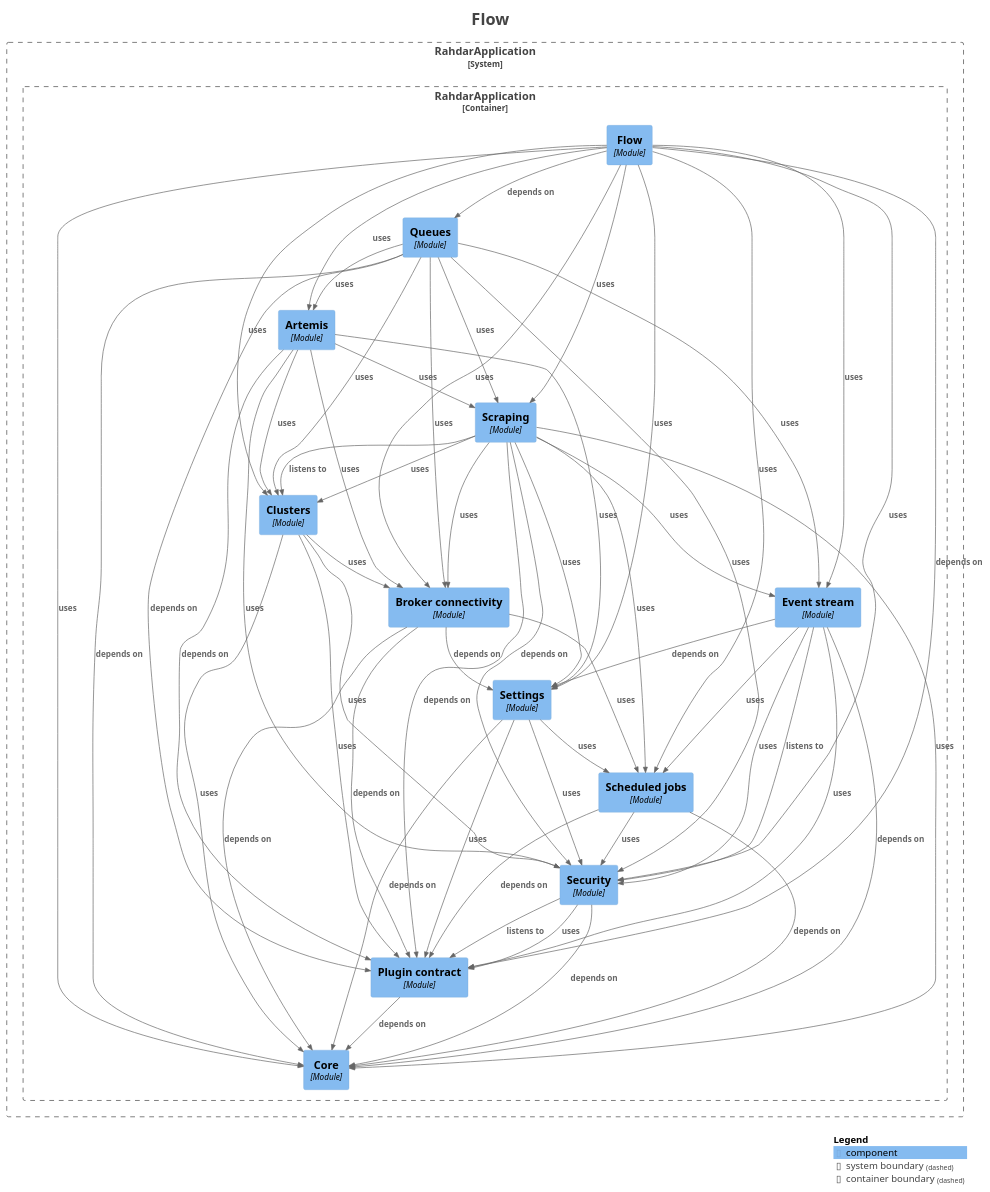
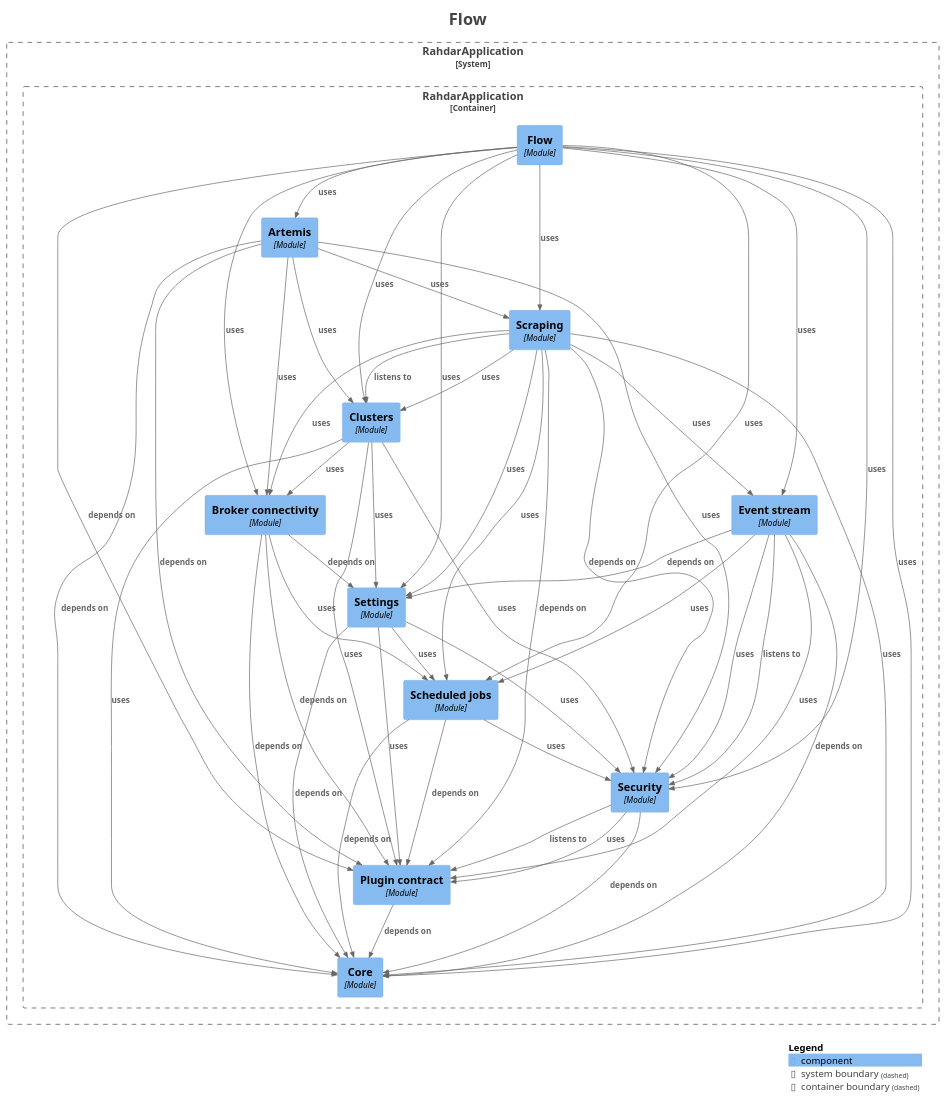
One commit to sudoitir/rahdar changed the diagram in docs/modules/module-feature.flow.puml. Above: the diagram before and after it, drawn with PlantUML. The commit also changed 33 other files, not shown here.

```diff
--- a/docs/modules/module-feature.flow.puml
+++ b/docs/modules/module-feature.flow.puml
@@ -1,98 +1,89 @@
 @startuml
 title <size:24>Flow</size>
 
 set separator none
 top to bottom direction
 
 <style>
   root {
     BackgroundColor: #ffffff
     FontColor: #444444
   }
 </style>
 
 !include <C4/C4>
 !include <C4/C4_Context>
 !include <C4/C4_Component>
 
 System_Boundary("RahdarApplication_boundary", "RahdarApplication", $tags="") {
   Container_Boundary("RahdarApplication.RahdarApplication_boundary", "RahdarApplication", $tags="") {
     Component(RahdarApplication.RahdarApplication.Artemis, "Artemis", $techn="Module", $descr="", $tags="", $link="")
     Component(RahdarApplication.RahdarApplication.Brokerconnectivity, "Broker connectivity", $techn="Module", $descr="", $tags="", $link="")
     Component(RahdarApplication.RahdarApplication.Clusters, "Clusters", $techn="Module", $descr="", $tags="", $link="")
     Component(RahdarApplication.RahdarApplication.Core, "Core", $techn="Module", $descr="", $tags="", $link="")
     Component(RahdarApplication.RahdarApplication.Eventstream, "Event stream", $techn="Module", $descr="", $tags="", $link="")
     Component(RahdarApplication.RahdarApplication.Flow, "Flow", $techn="Module", $descr="", $tags="", $link="")
     Component(RahdarApplication.RahdarApplication.Plugincontract, "Plugin contract", $techn="Module", $descr="", $tags="", $link="")
-    Component(RahdarApplication.RahdarApplication.Queues, "Queues", $techn="Module", $descr="", $tags="", $link="")
     Component(RahdarApplication.RahdarApplication.Scheduledjobs, "Scheduled jobs", $techn="Module", $descr="", $tags="", $link="")
     Component(RahdarApplication.RahdarApplication.Scraping, "Scraping", $techn="Module", $descr="", $tags="", $link="")
     Component(RahdarApplication.RahdarApplication.Security, "Security", $techn="Module", $descr="", $tags="", $link="")
     Component(RahdarApplication.RahdarApplication.Settings, "Settings", $techn="Module", $descr="", $tags="", $link="")
   }
 
 }
 
 Rel(RahdarApplication.RahdarApplication.Artemis, RahdarApplication.RahdarApplication.Brokerconnectivity, "uses", $techn="", $tags="", $link="")
 Rel(RahdarApplication.RahdarApplication.Artemis, RahdarApplication.RahdarApplication.Clusters, "uses", $techn="", $tags="", $link="")
+Rel(RahdarApplication.RahdarApplication.Artemis, RahdarApplication.RahdarApplication.Core, "depends on", $techn="", $tags="", $link="")
 Rel(RahdarApplication.RahdarApplication.Artemis, RahdarApplication.RahdarApplication.Plugincontract, "depends on", $techn="", $tags="", $link="")
 Rel(RahdarApplication.RahdarApplication.Artemis, RahdarApplication.RahdarApplication.Scraping, "uses", $techn="", $tags="", $link="")
 Rel(RahdarApplication.RahdarApplication.Artemis, RahdarApplication.RahdarApplication.Security, "uses", $techn="", $tags="", $link="")
-Rel(RahdarApplication.RahdarApplication.Artemis, RahdarApplication.RahdarApplication.Settings, "uses", $techn="", $tags="", $link="")
 Rel(RahdarApplication.RahdarApplication.Brokerconnectivity, RahdarApplication.RahdarApplication.Core, "depends on", $techn="", $tags="", $link="")
 Rel(RahdarApplication.RahdarApplication.Brokerconnectivity, RahdarApplication.RahdarApplication.Plugincontract, "depends on", $techn="", $tags="", $link="")
 Rel(RahdarApplication.RahdarApplication.Brokerconnectivity, RahdarApplication.RahdarApplication.Scheduledjobs, "uses", $techn="", $tags="", $link="")
 Rel(RahdarApplication.RahdarApplication.Brokerconnectivity, RahdarApplication.RahdarApplication.Settings, "depends on", $techn="", $tags="", $link="")
 Rel(RahdarApplication.RahdarApplication.Clusters, RahdarApplication.RahdarApplication.Brokerconnectivity, "uses", $techn="", $tags="", $link="")
 Rel(RahdarApplication.RahdarApplication.Clusters, RahdarApplication.RahdarApplication.Core, "uses", $techn="", $tags="", $link="")
 Rel(RahdarApplication.RahdarApplication.Clusters, RahdarApplication.RahdarApplication.Plugincontract, "uses", $techn="", $tags="", $link="")
 Rel(RahdarApplication.RahdarApplication.Clusters, RahdarApplication.RahdarApplication.Security, "uses", $techn="", $tags="", $link="")
+Rel(RahdarApplication.RahdarApplication.Clusters, RahdarApplication.RahdarApplication.Settings, "uses", $techn="", $tags="", $link="")
 Rel(RahdarApplication.RahdarApplication.Eventstream, RahdarApplication.RahdarApplication.Core, "depends on", $techn="", $tags="", $link="")
 Rel(RahdarApplication.RahdarApplication.Eventstream, RahdarApplication.RahdarApplication.Plugincontract, "uses", $techn="", $tags="", $link="")
 Rel(RahdarApplication.RahdarApplication.Eventstream, RahdarApplication.RahdarApplication.Scheduledjobs, "uses", $techn="", $tags="", $link="")
 Rel(RahdarApplication.RahdarApplication.Eventstream, RahdarApplication.RahdarApplication.Security, "listens to", $techn="", $tags="", $link="")
 Rel(RahdarApplication.RahdarApplication.Eventstream, RahdarApplication.RahdarApplication.Security, "uses", $techn="", $tags="", $link="")
 Rel(RahdarApplication.RahdarApplication.Eventstream, RahdarApplication.RahdarApplication.Settings, "depends on", $techn="", $tags="", $link="")
 Rel(RahdarApplication.RahdarApplication.Flow, RahdarApplication.RahdarApplication.Artemis, "uses", $techn="", $tags="", $link="")
 Rel(RahdarApplication.RahdarApplication.Flow, RahdarApplication.RahdarApplication.Brokerconnectivity, "uses", $techn="", $tags="", $link="")
 Rel(RahdarApplication.RahdarApplication.Flow, RahdarApplication.RahdarApplication.Clusters, "uses", $techn="", $tags="", $link="")
 Rel(RahdarApplication.RahdarApplication.Flow, RahdarApplication.RahdarApplication.Core, "uses", $techn="", $tags="", $link="")
 Rel(RahdarApplication.RahdarApplication.Flow, RahdarApplication.RahdarApplication.Eventstream, "uses", $techn="", $tags="", $link="")
 Rel(RahdarApplication.RahdarApplication.Flow, RahdarApplication.RahdarApplication.Plugincontract, "depends on", $techn="", $tags="", $link="")
-Rel(RahdarApplication.RahdarApplication.Flow, RahdarApplication.RahdarApplication.Queues, "depends on", $techn="", $tags="", $link="")
 Rel(RahdarApplication.RahdarApplication.Flow, RahdarApplication.RahdarApplication.Scheduledjobs, "uses", $techn="", $tags="", $link="")
 Rel(RahdarApplication.RahdarApplication.Flow, RahdarApplication.RahdarApplication.Scraping, "uses", $techn="", $tags="", $link="")
 Rel(RahdarApplication.RahdarApplication.Flow, RahdarApplication.RahdarApplication.Security, "uses", $techn="", $tags="", $link="")
 Rel(RahdarApplication.RahdarApplication.Flow, RahdarApplication.RahdarApplication.Settings, "uses", $techn="", $tags="", $link="")
 Rel(RahdarApplication.RahdarApplication.Plugincontract, RahdarApplication.RahdarApplication.Core, "depends on", $techn="", $tags="", $link="")
-Rel(RahdarApplication.RahdarApplication.Queues, RahdarApplication.RahdarApplication.Artemis, "uses", $techn="", $tags="", $link="")
-Rel(RahdarApplication.RahdarApplication.Queues, RahdarApplication.RahdarApplication.Brokerconnectivity, "uses", $techn="", $tags="", $link="")
-Rel(RahdarApplication.RahdarApplication.Queues, RahdarApplication.RahdarApplication.Clusters, "uses", $techn="", $tags="", $link="")
-Rel(RahdarApplication.RahdarApplication.Queues, RahdarApplication.RahdarApplication.Core, "depends on", $techn="", $tags="", $link="")
-Rel(RahdarApplication.RahdarApplication.Queues, RahdarApplication.RahdarApplication.Eventstream, "uses", $techn="", $tags="", $link="")
-Rel(RahdarApplication.RahdarApplication.Queues, RahdarApplication.RahdarApplication.Plugincontract, "depends on", $techn="", $tags="", $link="")
-Rel(RahdarApplication.RahdarApplication.Queues, RahdarApplication.RahdarApplication.Scraping, "uses", $techn="", $tags="", $link="")
-Rel(RahdarApplication.RahdarApplication.Queues, RahdarApplication.RahdarApplication.Security, "uses", $techn="", $tags="", $link="")
 Rel(RahdarApplication.RahdarApplication.Scheduledjobs, RahdarApplication.RahdarApplication.Core, "depends on", $techn="", $tags="", $link="")
 Rel(RahdarApplication.RahdarApplication.Scheduledjobs, RahdarApplication.RahdarApplication.Plugincontract, "depends on", $techn="", $tags="", $link="")
 Rel(RahdarApplication.RahdarApplication.Scheduledjobs, RahdarApplication.RahdarApplication.Security, "uses", $techn="", $tags="", $link="")
 Rel(RahdarApplication.RahdarApplication.Scraping, RahdarApplication.RahdarApplication.Brokerconnectivity, "uses", $techn="", $tags="", $link="")
 Rel(RahdarApplication.RahdarApplication.Scraping, RahdarApplication.RahdarApplication.Clusters, "listens to", $techn="", $tags="", $link="")
 Rel(RahdarApplication.RahdarApplication.Scraping, RahdarApplication.RahdarApplication.Clusters, "uses", $techn="", $tags="", $link="")
 Rel(RahdarApplication.RahdarApplication.Scraping, RahdarApplication.RahdarApplication.Core, "uses", $techn="", $tags="", $link="")
 Rel(RahdarApplication.RahdarApplication.Scraping, RahdarApplication.RahdarApplication.Eventstream, "uses", $techn="", $tags="", $link="")
 Rel(RahdarApplication.RahdarApplication.Scraping, RahdarApplication.RahdarApplication.Plugincontract, "depends on", $techn="", $tags="", $link="")
 Rel(RahdarApplication.RahdarApplication.Scraping, RahdarApplication.RahdarApplication.Scheduledjobs, "uses", $techn="", $tags="", $link="")
 Rel(RahdarApplication.RahdarApplication.Scraping, RahdarApplication.RahdarApplication.Security, "depends on", $techn="", $tags="", $link="")
 Rel(RahdarApplication.RahdarApplication.Scraping, RahdarApplication.RahdarApplication.Settings, "uses", $techn="", $tags="", $link="")
 Rel(RahdarApplication.RahdarApplication.Security, RahdarApplication.RahdarApplication.Core, "depends on", $techn="", $tags="", $link="")
 Rel(RahdarApplication.RahdarApplication.Security, RahdarApplication.RahdarApplication.Plugincontract, "listens to", $techn="", $tags="", $link="")
 Rel(RahdarApplication.RahdarApplication.Security, RahdarApplication.RahdarApplication.Plugincontract, "uses", $techn="", $tags="", $link="")
 Rel(RahdarApplication.RahdarApplication.Settings, RahdarApplication.RahdarApplication.Core, "depends on", $techn="", $tags="", $link="")
 Rel(RahdarApplication.RahdarApplication.Settings, RahdarApplication.RahdarApplication.Plugincontract, "uses", $techn="", $tags="", $link="")
 Rel(RahdarApplication.RahdarApplication.Settings, RahdarApplication.RahdarApplication.Scheduledjobs, "uses", $techn="", $tags="", $link="")
 Rel(RahdarApplication.RahdarApplication.Settings, RahdarApplication.RahdarApplication.Security, "uses", $techn="", $tags="", $link="")
 
 SHOW_LEGEND(true)
 hide stereotypes
 @enduml
```
